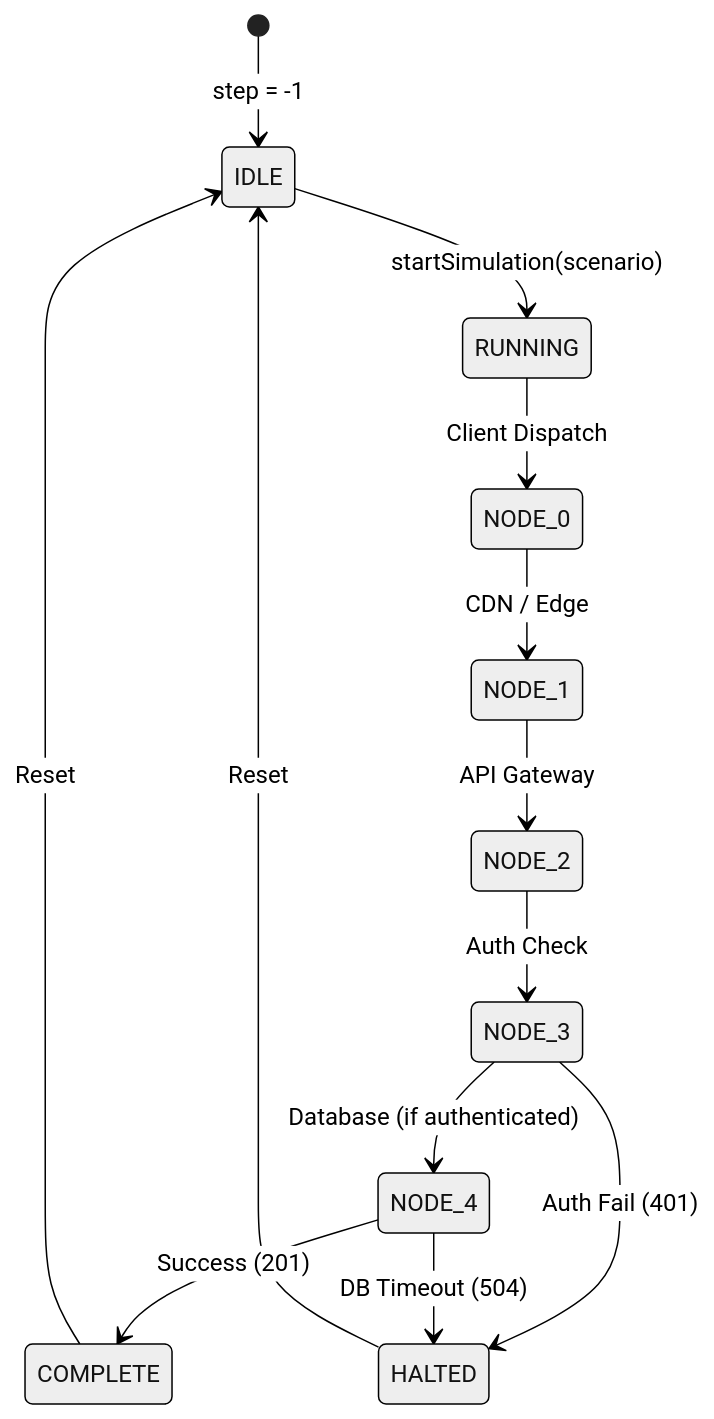
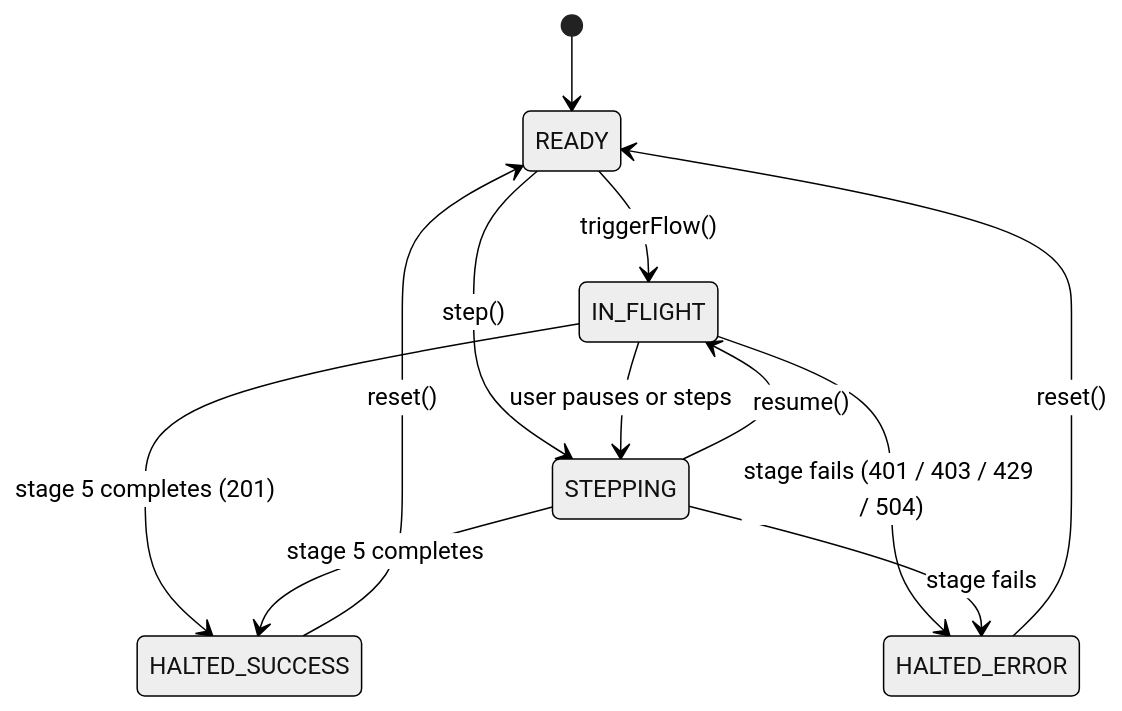
One commit to NatsuDrag9/request-flow changed the third of 3 diagrams in docs/ARCHITECTURE.md. Above: the diagram before and after it, drawn with Mermaid (neutral theme). The commit also changed other lines of this file and 3 other files, not shown here.

Commit message:
docs: consolidate architecture and update scenario specifications

````diff
--- a/docs/ARCHITECTURE.md
+++ b/docs/ARCHITECTURE.md
@@ -24,15 +83,18 @@
 ```mermaid
 stateDiagram-v2
-    [*] --> IDLE: step = -1
-    IDLE --> RUNNING: startSimulation(scenario)
-    RUNNING --> NODE_0: Client Dispatch
-    NODE_0 --> NODE_1: CDN / Edge
-    NODE_1 --> NODE_2: API Gateway
-    NODE_2 --> NODE_3: Auth Check
-    NODE_3 --> NODE_4: Database (if authenticated)
-    NODE_3 --> HALTED: Auth Fail (401)
-    NODE_4 --> COMPLETE: Success (201)
-    NODE_4 --> HALTED: DB Timeout (504)
-    COMPLETE --> IDLE: Reset
-    HALTED --> IDLE: Reset
+    [*] --> READY
+
+    READY --> IN_FLIGHT : triggerFlow()
+    READY --> STEPPING : step()
+
+    IN_FLIGHT --> STEPPING : user pauses or steps
+    STEPPING --> IN_FLIGHT : resume()
+
+    IN_FLIGHT --> HALTED_SUCCESS : stage 5 completes (201)
+    IN_FLIGHT --> HALTED_ERROR : stage fails (401 / 403 / 429 / 504)
+    STEPPING --> HALTED_SUCCESS : stage 5 completes
+    STEPPING --> HALTED_ERROR : stage fails
+
+    HALTED_SUCCESS --> READY : reset()
+    HALTED_ERROR --> READY : reset()
 ```
````
